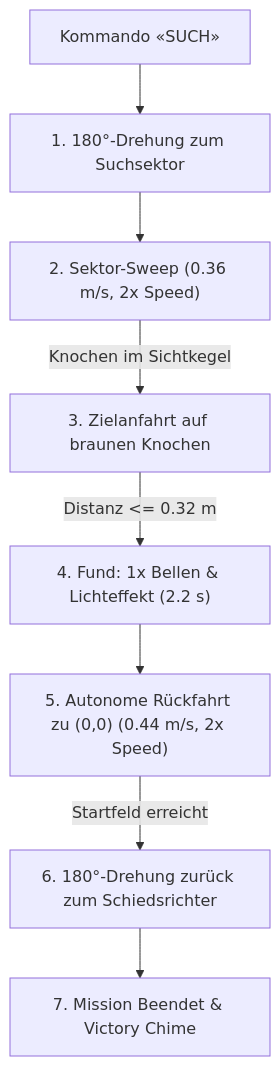
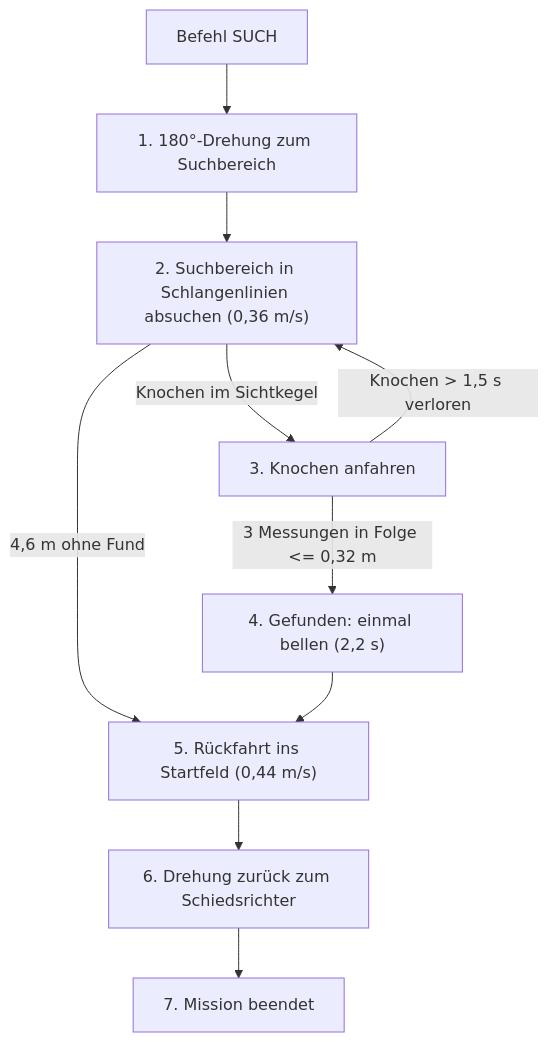
The diagram in simulation/README.md (Oliver-Pettersson/Roboterhund-Gruppe17), drawn with Mermaid before and after one commit. The commit also changed other lines of this file and 7 other files, not shown here.

````diff
--- a/simulation/README.md
+++ b/simulation/README.md
@@ -132,10 +117,12 @@
 ```mermaid
 flowchart TD
-    A["Kommando «SUCH»"] --> B["1. 180°-Drehung zum Suchsektor"]
-    B --> C["2. Sektor-Sweep (0.36 m/s, 2x Speed)"]
-    C -->|Knochen im Sichtkegel| D["3. Zielanfahrt auf braunen Knochen"]
-    D -->|Distanz <= 0.32 m| E["4. Fund: 1x Bellen & Lichteffekt (2.2 s)"]
-    E --> F["5. Autonome Rückfahrt zu (0,0) (0.44 m/s, 2x Speed)"]
-    F -->|Startfeld erreicht| G["6. 180°-Drehung zurück zum Schiedsrichter"]
-    G --> H["7. Mission Beendet & Victory Chime"]
+    A["Befehl SUCH"] --> B["1. 180°-Drehung zum Suchbereich"]
+    B --> C["2. Suchbereich in Schlangenlinien absuchen (0,36 m/s)"]
+    C -->|Knochen im Sichtkegel| D["3. Knochen anfahren"]
+    C -->|4,6 m ohne Fund| F
+    D -->|3 Messungen in Folge <= 0,32 m| E["4. Gefunden: einmal bellen (2,2 s)"]
+    D -->|Knochen > 1,5 s verloren| C
+    E --> F["5. Rückfahrt ins Startfeld (0,44 m/s)"]
+    F --> G["6. Drehung zurück zum Schiedsrichter"]
+    G --> H["7. Mission beendet"]
 ```
````
